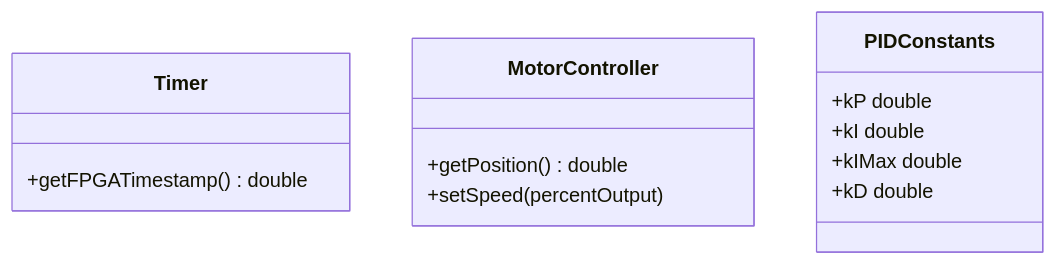
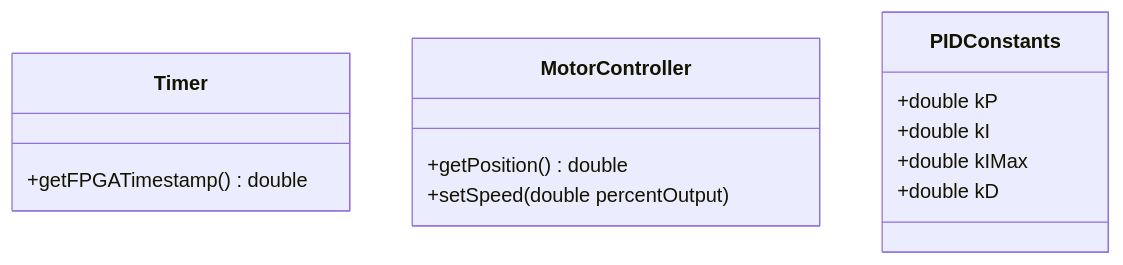
Before and after one commit to AgincourtSkunkworks/FRCDocs: the second of 2 diagrams in docs/programming/control-algorithms/pid.md, drawn with Mermaid. The commit also changed other lines of this file, not shown here.

````diff
--- a/docs/programming/control-algorithms/pid.md
+++ b/docs/programming/control-algorithms/pid.md
@@ -285,18 +285,18 @@
 ```mermaid
 classDiagram
     class Timer {
         +getFPGATimestamp() double
     }
 
     class MotorController {
         +getPosition() double
-        +setSpeed(percentOutput)
+        +setSpeed(double percentOutput)
     }
 
     class PIDConstants {
-        +kP double
-        +kI double
-        +kIMax double
-        +kD double
+        +double kP
+        +double kI
+        +double kIMax
+        +double kD
     }
 ```
````
